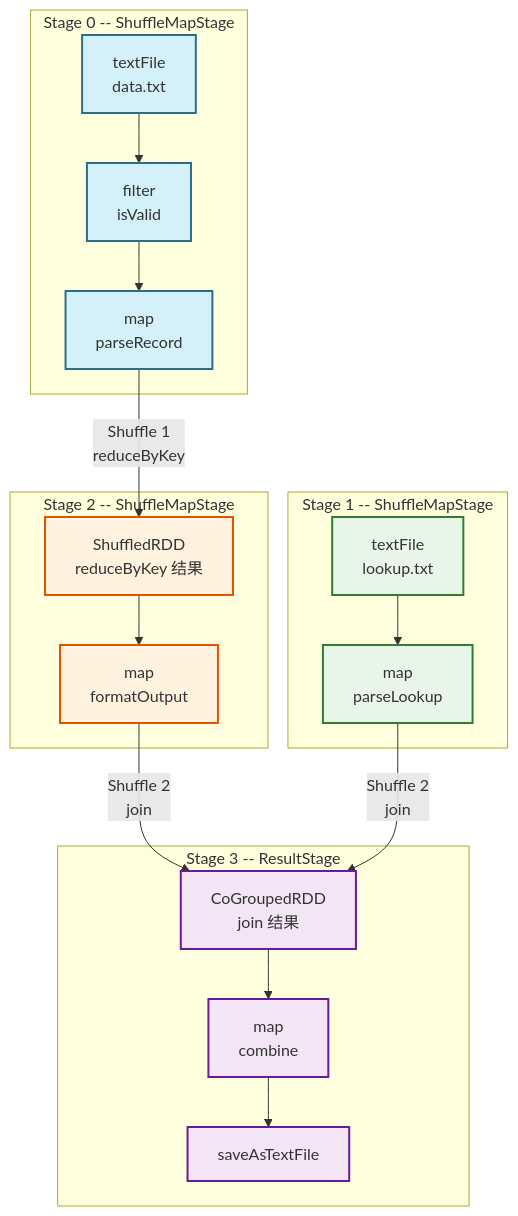
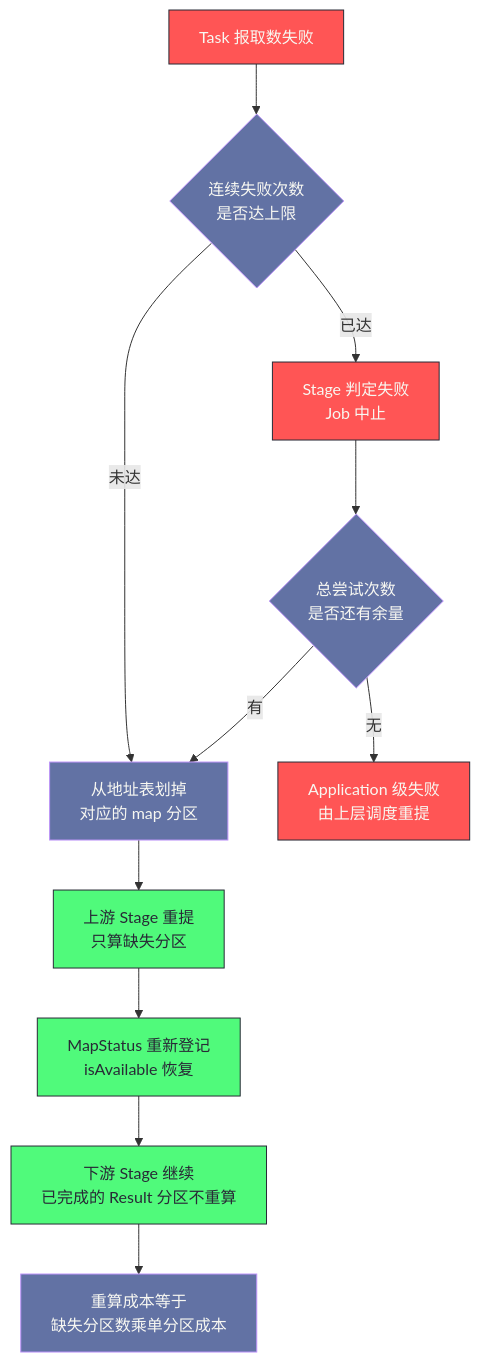
One commit to hpliStartAgain/my-brain changed the fifth of 5 diagrams in content/大数据/Spark/Spark-调度系统与执行模型深度解析/02 DAGScheduler 核心逻辑：Stage 划分算法与逻辑计划生成.md. Above: the diagram before and after it, drawn with Mermaid. The commit also changed other lines of this file and 259 other files, not shown here.

````diff
--- a/content/大数据/Spark/Spark-调度系统与执行模型深度解析/02 DAGScheduler 核心逻辑：Stage 划分算法与逻辑计划生成.md
+++ b/content/大数据/Spark/Spark-调度系统与执行模型深度解析/02 DAGScheduler 核心逻辑：Stage 划分算法与逻辑计划生成.md
@@ -214,42 +431,20 @@
 ```mermaid
-graph TD
-    subgraph "Stage 0 -- ShuffleMapStage"
-        A["textFile</br>data.txt"]
-        B["filter</br>isValid"]
-        C["map</br>parseRecord"]
-        A --> B --> C
-    end
-
-    subgraph "Stage 1 -- ShuffleMapStage"
-        F["textFile</br>lookup.txt"]
-        G["map</br>parseLookup"]
-        F --> G
-    end
-
-    C -->|"Shuffle 1</br>reduceByKey"| D
-
-    subgraph "Stage 2 -- ShuffleMapStage"
-        D["ShuffledRDD</br>reduceByKey 结果"]
-        E["map</br>formatOutput"]
-        D --> E
-    end
-
-    E -->|"Shuffle 2</br>join"| H
-    G -->|"Shuffle 2</br>join"| H
-
-    subgraph "Stage 3 -- ResultStage"
-        H["CoGroupedRDD</br>join 结果"]
-        I["map</br>combine"]
-        J["saveAsTextFile"]
-        H --> I --> J
-    end
-
-    classDef s0 fill:#d4f1f9,stroke:#2c6e8a,stroke-width:2px;
-    classDef s1 fill:#e8f5e9,stroke:#2e7d32,stroke-width:2px;
-    classDef s2 fill:#fff3e0,stroke:#e65100,stroke-width:2px;
-    classDef s3 fill:#f3e5f5,stroke:#6a1b9a,stroke-width:2px;
-    class A,B,C s0;
-    class F,G s1;
-    class D,E s2;
-    class H,I,J s3;
+%%{init: {'theme': 'dracula'}}%%
+flowchart TD
+    F["Task 报取数失败"] --> A{"连续失败次数<br/>是否达上限"}
+    A -- "未达" --> B["从地址表划掉<br/>对应的 map 分区"]
+    B --> C["上游 Stage 重提<br/>只算缺失分区"]
+    C --> D["MapStatus 重新登记<br/>isAvailable 恢复"]
+    D --> E["下游 Stage 继续<br/>已完成的 Result 分区不重算"]
+    A -- "已达" --> G["Stage 判定失败<br/>Job 中止"]
+    G --> H{"总尝试次数<br/>是否还有余量"}
+    H -- "有" --> B
+    H -- "无" --> I["Application 级失败<br/>由上层调度重提"]
+    E --> J["重算成本等于<br/>缺失分区数乘单分区成本"]
+    classDef bad fill:#ff5555,stroke:#282a36,color:#f8f8f2
+    classDef good fill:#50fa7b,stroke:#282a36,color:#282a36
+    classDef q fill:#6272a4,stroke:#bd93f9,color:#f8f8f2
+    class F,G,I bad
+    class C,D,E good
+    class A,B,H,J q
 ```
````
